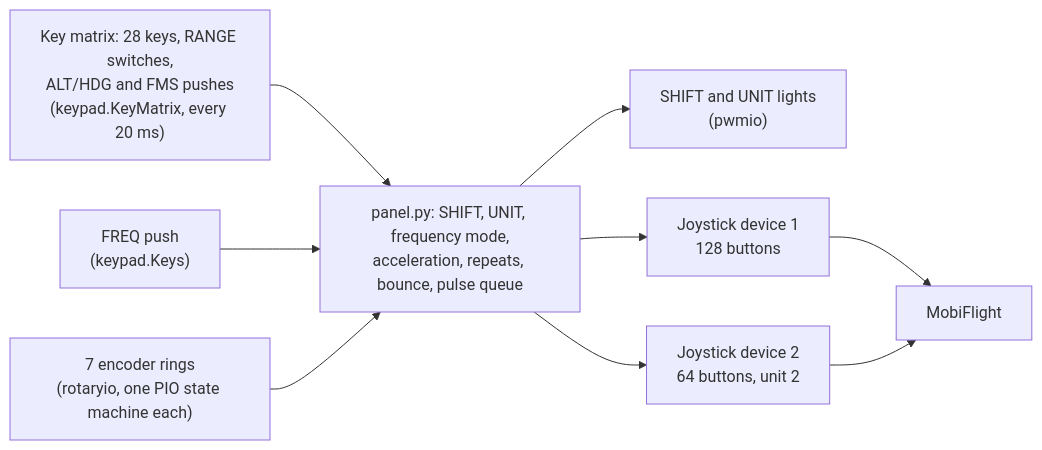
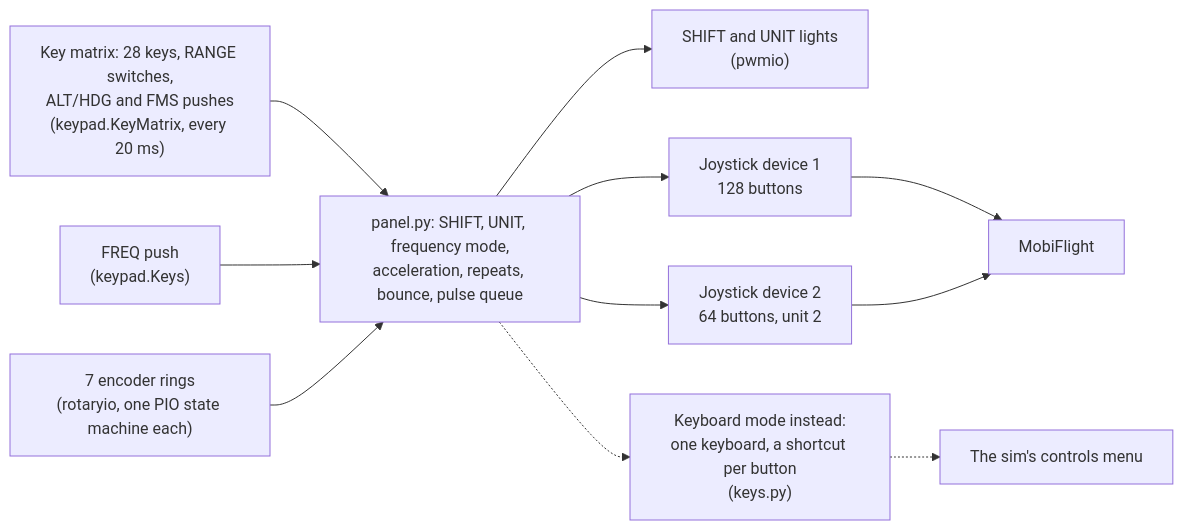
Before and after one commit to saschagrunert/avionics-panel: the diagram in docs/architecture/firmware.md, drawn with Mermaid. The commit also changed other lines of this file and 38 other files, not shown here.

First line of the commit message:
Add a keyboard mode for consoles and use without MobiFlight

````diff
--- a/docs/architecture/firmware.md
+++ b/docs/architecture/firmware.md
@@ -6,17 +6,20 @@
 ```mermaid
 flowchart LR
   matrix["Key matrix: 28 keys, RANGE switches,<br>ALT/HDG and FMS pushes<br>(keypad.KeyMatrix, every 20 ms)"]
   push["FREQ push<br>(keypad.Keys)"]
   rings["7 encoder rings<br>(rotaryio, one PIO state machine each)"]
   panel["panel.py: SHIFT, UNIT, frequency mode,<br>acceleration, repeats, bounce, pulse queue"]
   lights["SHIFT and UNIT lights<br>(pwmio)"]
   dev1["Joystick device 1<br>128 buttons"]
   dev2["Joystick device 2<br>64 buttons, unit 2"]
   pc["MobiFlight"]
+  kbd["Keyboard mode instead:<br>one keyboard, a shortcut per button<br>(keys.py)"]
+  sim["The sim's controls menu"]
   matrix --> panel
   push --> panel
   rings --> panel
   panel --> lights
   panel --> dev1 --> pc
   panel --> dev2 --> pc
+  panel -.-> kbd -.-> sim
 ```
````
